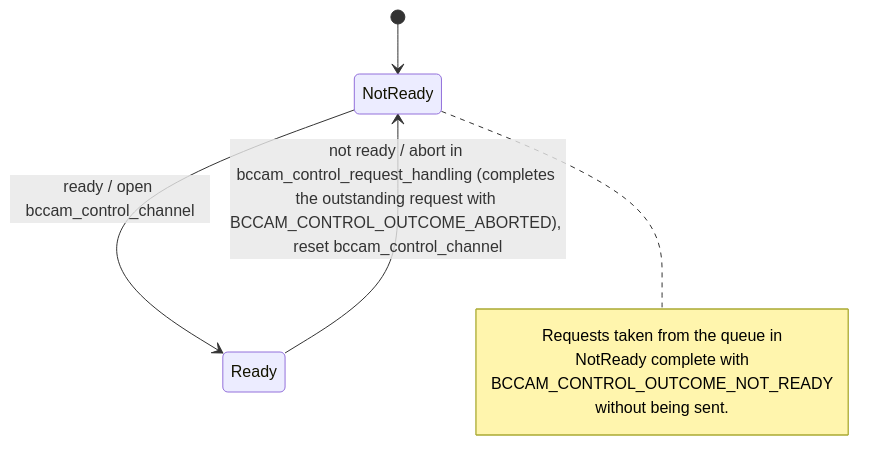
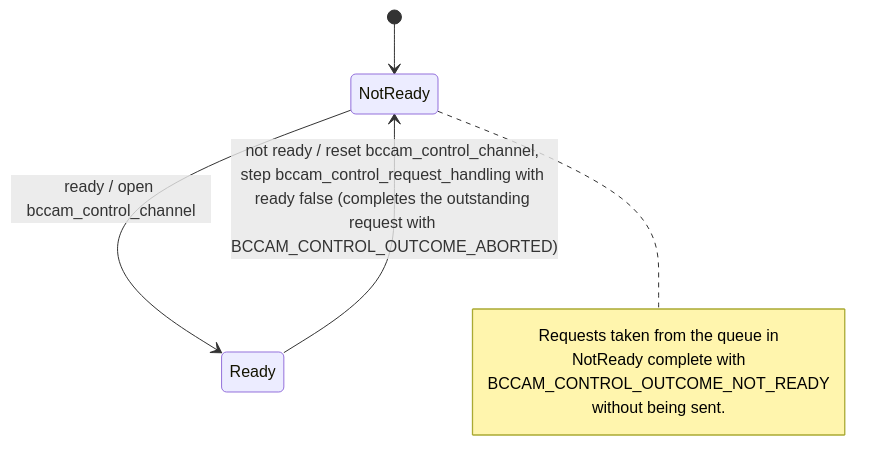
The sixth of 10 diagrams in docs/functional-areas/camera-deck-control.md (bitcraze/crazyflie-firmware), drawn with Mermaid before and after one commit. The commit also changed other lines of this file, not shown here.

Commit message:
docs: Removed abort, since it is understood through the ready flag

````diff
--- a/docs/functional-areas/camera-deck-control.md
+++ b/docs/functional-areas/camera-deck-control.md
@@ -504,14 +517,14 @@
 ```mermaid
 stateDiagram-v2
     [*] --> NotReady
 
     NotReady --> Ready : ready / open bccam_control_channel
-    Ready --> NotReady : not ready / abort in bccam_control_request_handling (completes the outstanding request with BCCAM_CONTROL_OUTCOME_ABORTED), reset bccam_control_channel
+    Ready --> NotReady : not ready / reset bccam_control_channel, step bccam_control_request_handling with ready false (completes the outstanding request with BCCAM_CONTROL_OUTCOME_ABORTED)
 
     note right of NotReady
         Requests taken from the queue in
         NotReady complete with
         BCCAM_CONTROL_OUTCOME_NOT_READY
         without being sent.
     end note
 ```
````
